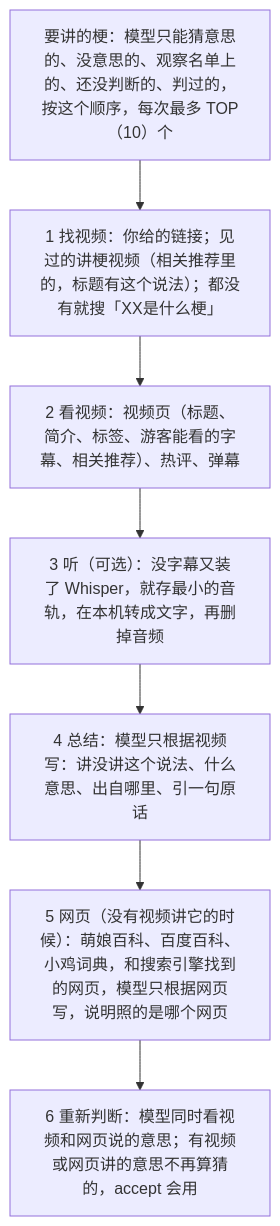
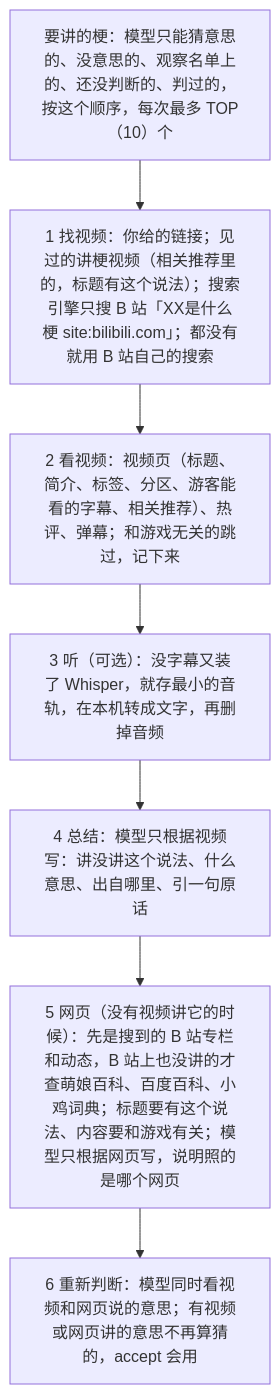
The third of 3 diagrams in docs/DESIGN.md (HHCreator/MemeLearnerBot), drawn with Mermaid before and after one commit. The commit also changed other lines of this file and 9 other files, not shown here.

````diff
--- a/docs/DESIGN.md
+++ b/docs/DESIGN.md
@@ -99,9 +99,9 @@
 ```mermaid
 flowchart TD
-    A["要讲的梗：模型只能猜意思的、没意思的、观察名单上的、还没判断的、判过的，按这个顺序，每次最多 TOP（10）个"] --> B["1 找视频：你给的链接；见过的讲梗视频（相关推荐里的，标题有这个说法）；都没有就搜「XX是什么梗」"]
-    B --> C["2 看视频：视频页（标题、简介、标签、游客能看的字幕、相关推荐）、热评、弹幕"]
+    A["要讲的梗：模型只能猜意思的、没意思的、观察名单上的、还没判断的、判过的，按这个顺序，每次最多 TOP（10）个"] --> B["1 找视频：你给的链接；见过的讲梗视频（相关推荐里的，标题有这个说法）；搜索引擎只搜 B 站「XX是什么梗 site:bilibili.com」；都没有就用 B 站自己的搜索"]
+    B --> C["2 看视频：视频页（标题、简介、标签、分区、游客能看的字幕、相关推荐）、热评、弹幕；和游戏无关的跳过，记下来"]
     C --> D["3 听（可选）：没字幕又装了 Whisper，就存最小的音轨，在本机转成文字，再删掉音频"]
     D --> E["4 总结：模型只根据视频写：讲没讲这个说法、什么意思、出自哪里、引一句原话"]
-    E --> W["5 网页（没有视频讲它的时候）：萌娘百科、百度百科、小鸡词典，和搜索引擎找到的网页，模型只根据网页写，说明照的是哪个网页"]
+    E --> W["5 网页（没有视频讲它的时候）：先是搜到的 B 站专栏和动态，B 站上也没讲的才查萌娘百科、百度百科、小鸡词典；标题要有这个说法、内容要和游戏有关；模型只根据网页写，说明照的是哪个网页"]
     W --> F["6 重新判断：模型同时看视频和网页说的意思；有视频或网页讲的意思不再算猜的，accept 会用"]
 ```
````
